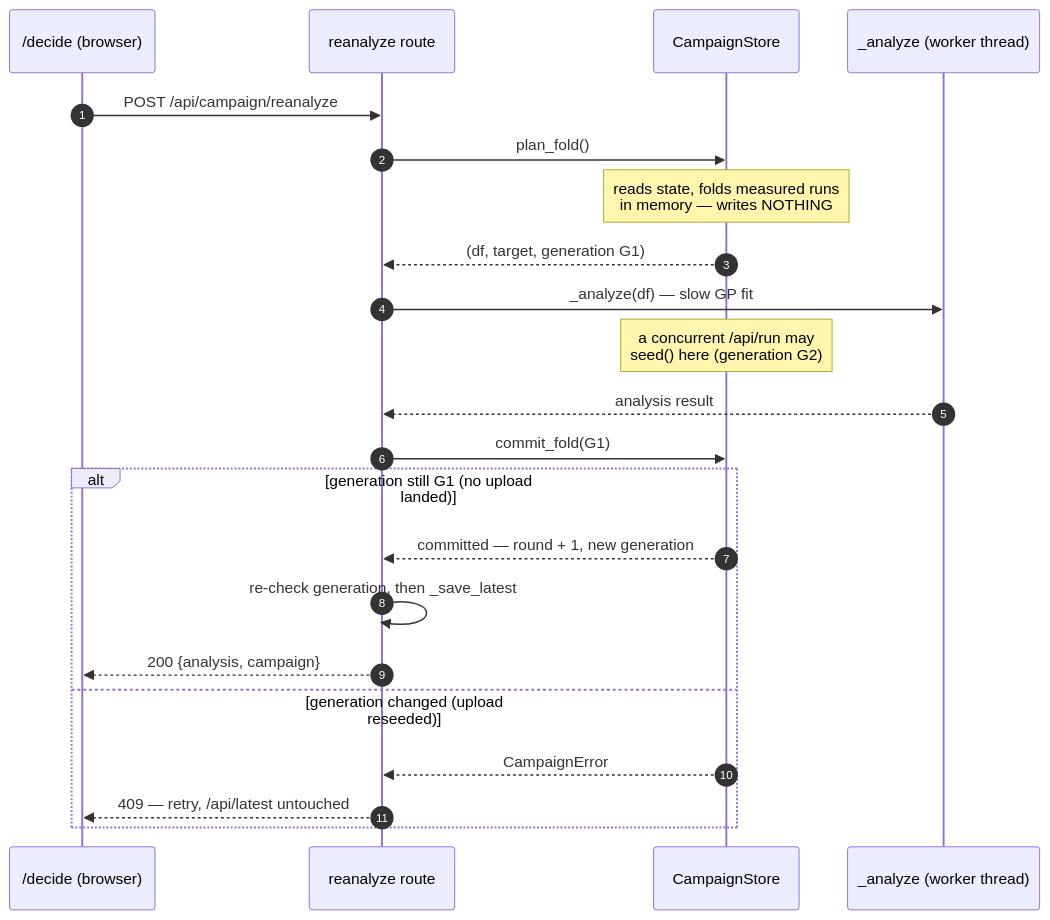
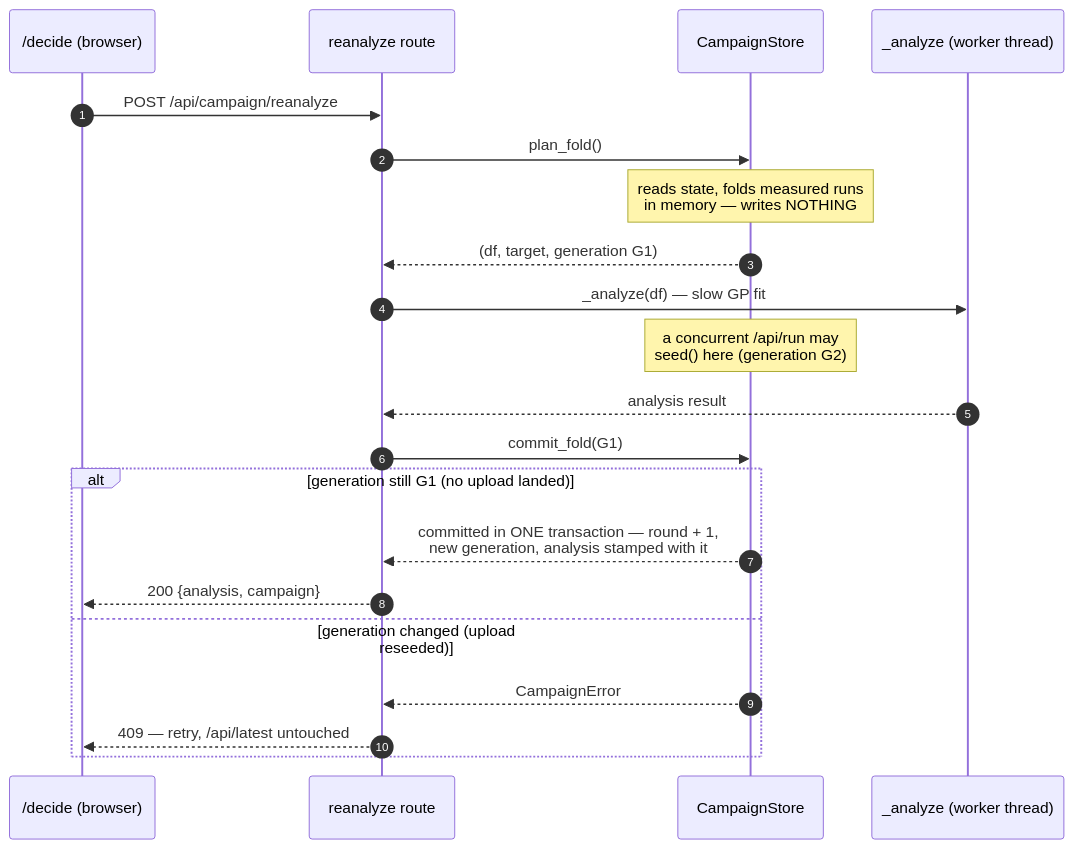
The third of 3 diagrams in docs/CAMPAIGN_LOOP.md (itsbrendandang/kalos-engine), drawn with Mermaid before and after one commit. The commit also changed other lines of this file and 22 other files, not shown here.

First line of the commit message:
feat(portal): schema v2 - multi-campaign storage and a safe, reversible migration (E3) (#89)

````diff
--- a/docs/CAMPAIGN_LOOP.md
+++ b/docs/CAMPAIGN_LOOP.md
@@ -155,25 +155,24 @@
 ```mermaid
 sequenceDiagram
     autonumber
     participant UI as /decide (browser)
     participant R as reanalyze route
     participant S as CampaignStore
     participant A as _analyze (worker thread)
 
     UI->>R: POST /api/campaign/reanalyze
     R->>S: plan_fold()
     Note over S: reads state, folds measured runs<br/>in memory — writes NOTHING
     S-->>R: (df, target, generation G1)
     R->>A: _analyze(df) — slow GP fit
     Note over S: a concurrent /api/run may<br/>seed() here (generation G2)
     A-->>R: analysis result
     R->>S: commit_fold(G1)
     alt generation still G1 (no upload landed)
-        S-->>R: committed — round + 1, new generation
-        R->>R: re-check generation, then _save_latest
+        S-->>R: committed in ONE transaction — round + 1,<br/>new generation, analysis stamped with it
         R-->>UI: 200 {analysis, campaign}
     else generation changed (upload reseeded)
         S-->>R: CampaignError
         R-->>UI: 409 — retry, /api/latest untouched
     end
 ```
````
